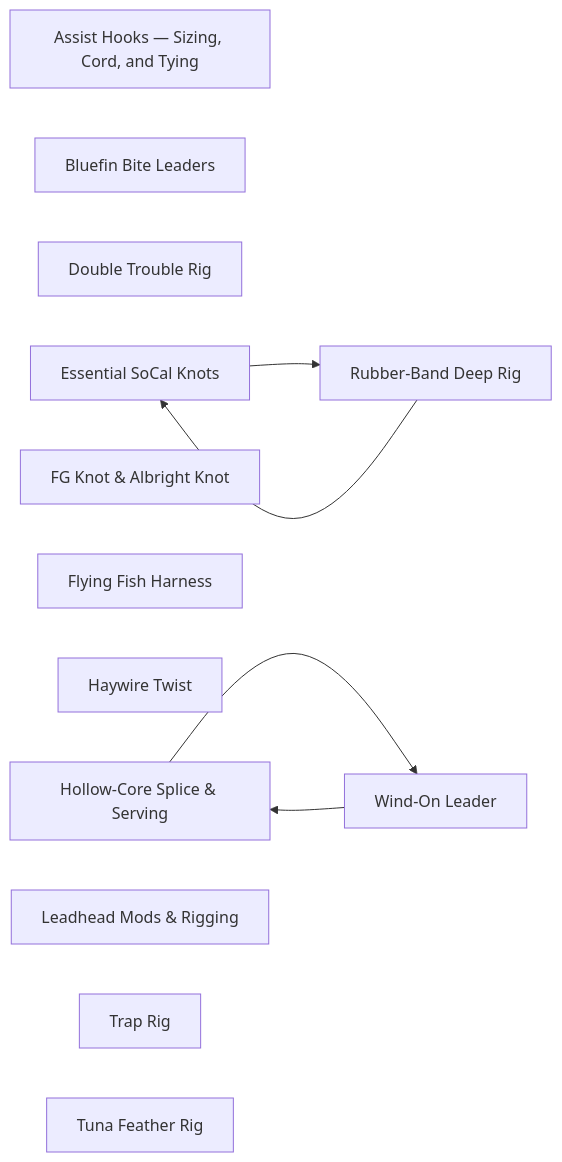
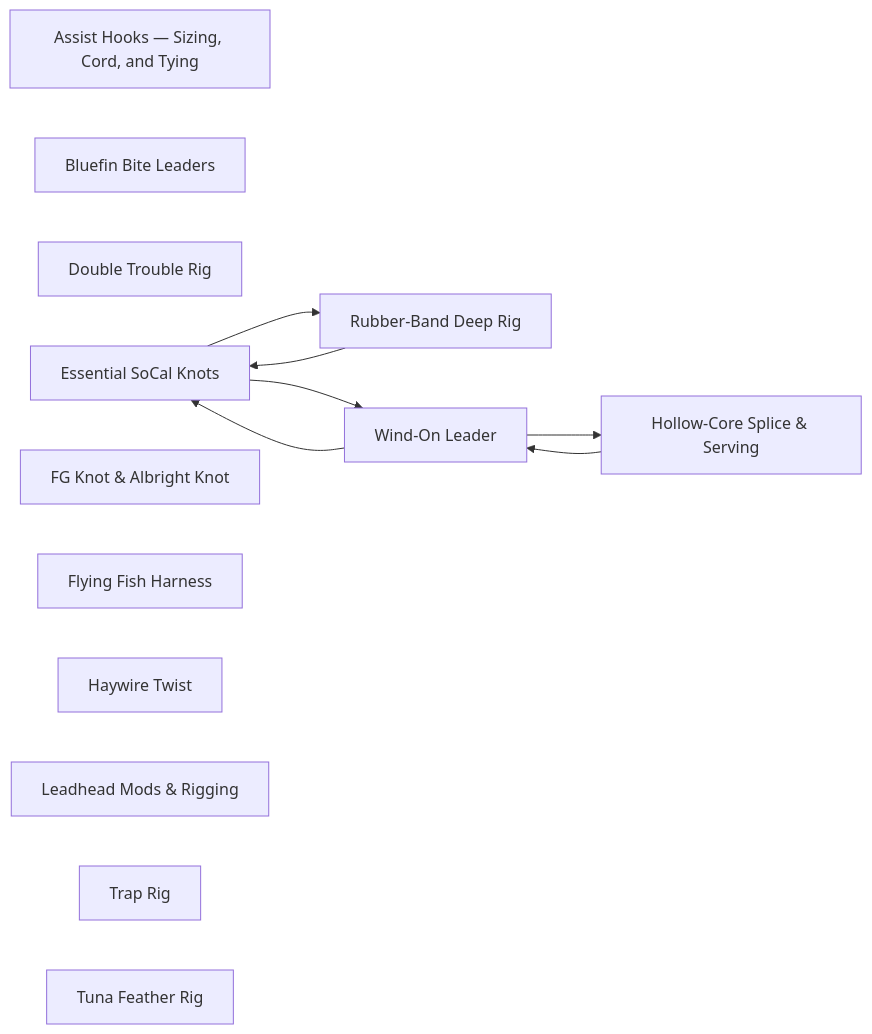
The diagram in rigging/README.md (camchuckpete-max/Socal-Fishing-Knowledge), drawn with Mermaid before and after one commit. The commit also changed 4 other files, not shown here.

````diff
--- a/rigging/README.md
+++ b/rigging/README.md
@@ -26,20 +26,22 @@
 ```mermaid
 graph LR
   n0["Assist Hooks — Sizing, Cord, and Tying"]
   n1["Bluefin Bite Leaders"]
   n2["Double Trouble Rig"]
   n3["Essential SoCal Knots"]
   n4["FG Knot & Albright Knot"]
   n5["Flying Fish Harness"]
   n6["Haywire Twist"]
   n7["Hollow-Core Splice & Serving"]
   n8["Leadhead Mods & Rigging"]
   n9["Rubber-Band Deep Rig"]
   n10["Trap Rig"]
   n11["Tuna Feather Rig"]
   n12["Wind-On Leader"]
+  n12 --> n3
   n12 --> n7
+  n3 --> n12
   n3 --> n9
   n7 --> n12
   n9 --> n3
 ```
````
